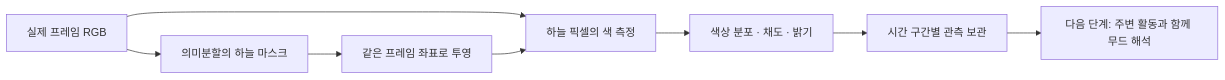
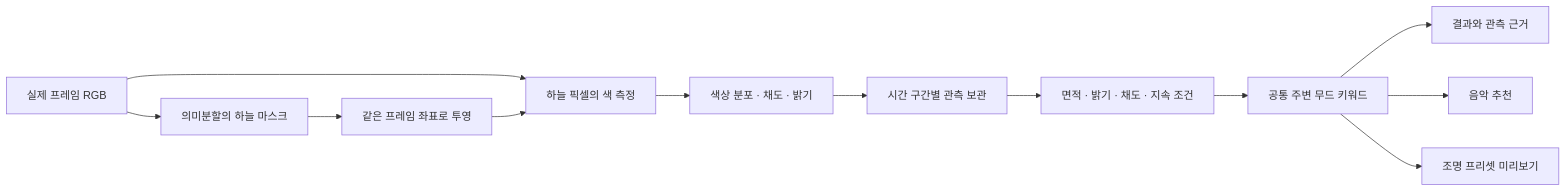
The diagram in docs/vision/SKY_COLOR.md (oiehnow/driving-mood), drawn with Mermaid before and after one commit. The commit also changed other lines of this file and 20 other files, not shown here.

````diff
--- a/docs/vision/SKY_COLOR.md
+++ b/docs/vision/SKY_COLOR.md
@@ -13,10 +13,14 @@
 ```mermaid
 flowchart LR
     F[실제 프레임 RGB] --> C[하늘 픽셀의 색 측정]
     F --> M[의미분할의 하늘 마스크]
     M --> P[같은 프레임 좌표로 투영]
     P --> C
     C --> H[색상 분포 · 채도 · 밝기]
     H --> W[시간 구간별 관측 보관]
-    W --> N[다음 단계: 주변 활동과 함께 무드 해석]
+    W --> G[면적 · 밝기 · 채도 · 지속 조건]
+    G --> N[공통 주변 무드 키워드]
+    N --> V[결과와 관측 근거]
+    N --> S[음악 추천]
+    N --> L[조명 프리셋 미리보기]
 ```
````
